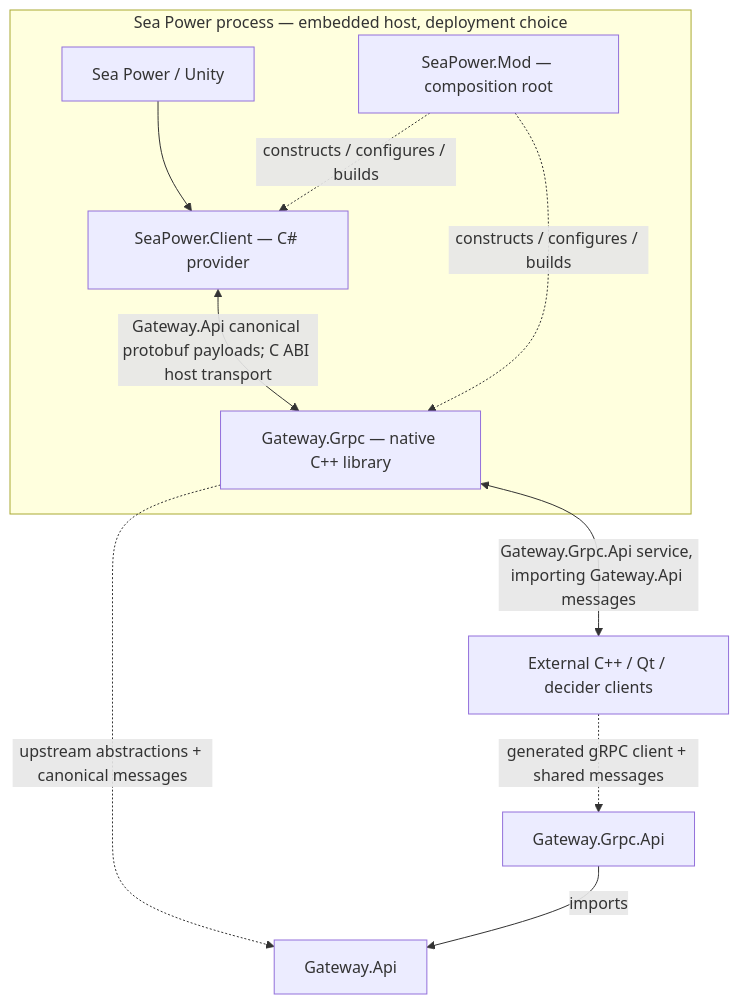
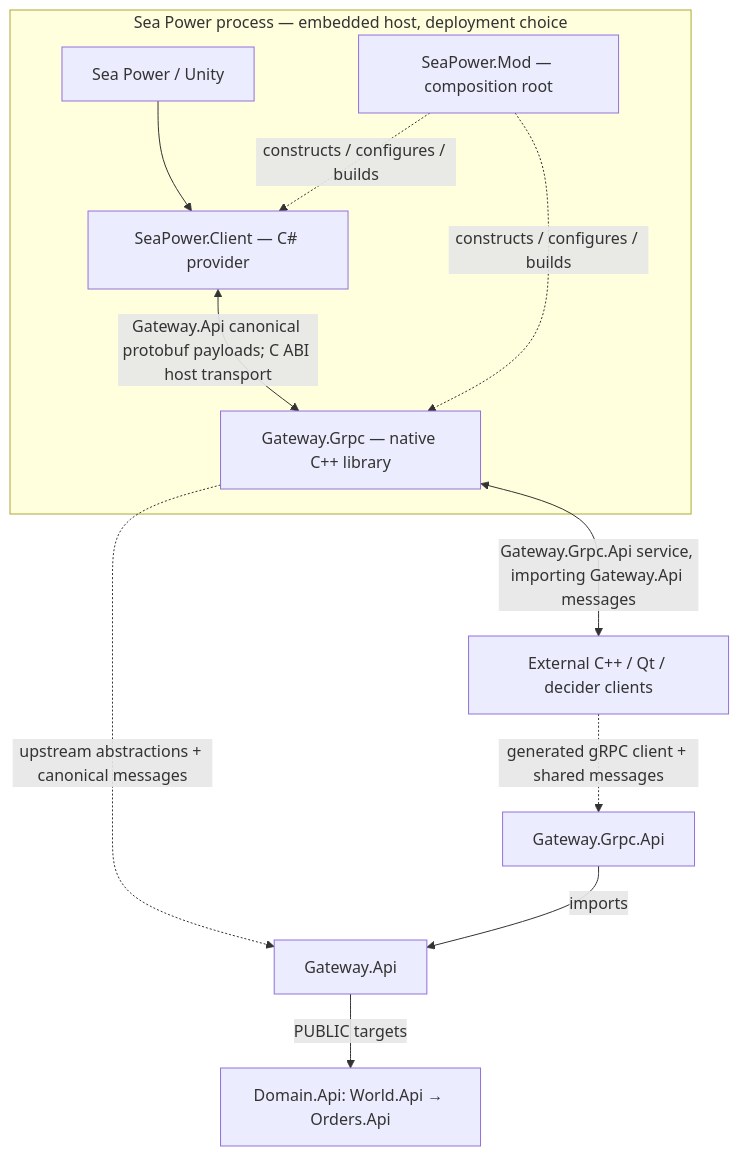
One commit to NavalCommand/Docs changed the diagram in ARCHITECTURE.md. Above: the diagram before and after it, drawn with Mermaid. The commit also changed other lines of this file and 117 other files, not shown here.

Commit message:
Document Domain.Api ownership extraction and Task 011 verification

````diff
--- a/ARCHITECTURE.md
+++ b/ARCHITECTURE.md
@@ -33,14 +34,15 @@
 ```mermaid
 flowchart TB
     subgraph SP["Sea Power process — embedded host, deployment choice"]
         MOD["SeaPower.Mod — composition root"]
         GAME["Sea Power / Unity"] --> PROVIDER["SeaPower.Client — C# provider"]
         PROVIDER <-->|"Gateway.Api canonical protobuf payloads; C ABI host transport"| GATEWAY["Gateway.Grpc — native C++ library"]
         MOD -."constructs / configures / builds".-> PROVIDER
         MOD -."constructs / configures / builds".-> GATEWAY
     end
     GATEWAY <-->|"Gateway.Grpc.Api service, importing Gateway.Api messages"| CLI["External C++ / Qt / decider clients"]
     GATEWAY -."upstream abstractions + canonical messages".-> API["Gateway.Api"]
     CLI -."generated gRPC client + shared messages".-> GRPCAPI["Gateway.Grpc.Api"]
     GRPCAPI -->|"imports"| API
+    API -->|"PUBLIC targets"| DOMAIN["Domain.Api: World.Api → Orders.Api"]
 ```
````
